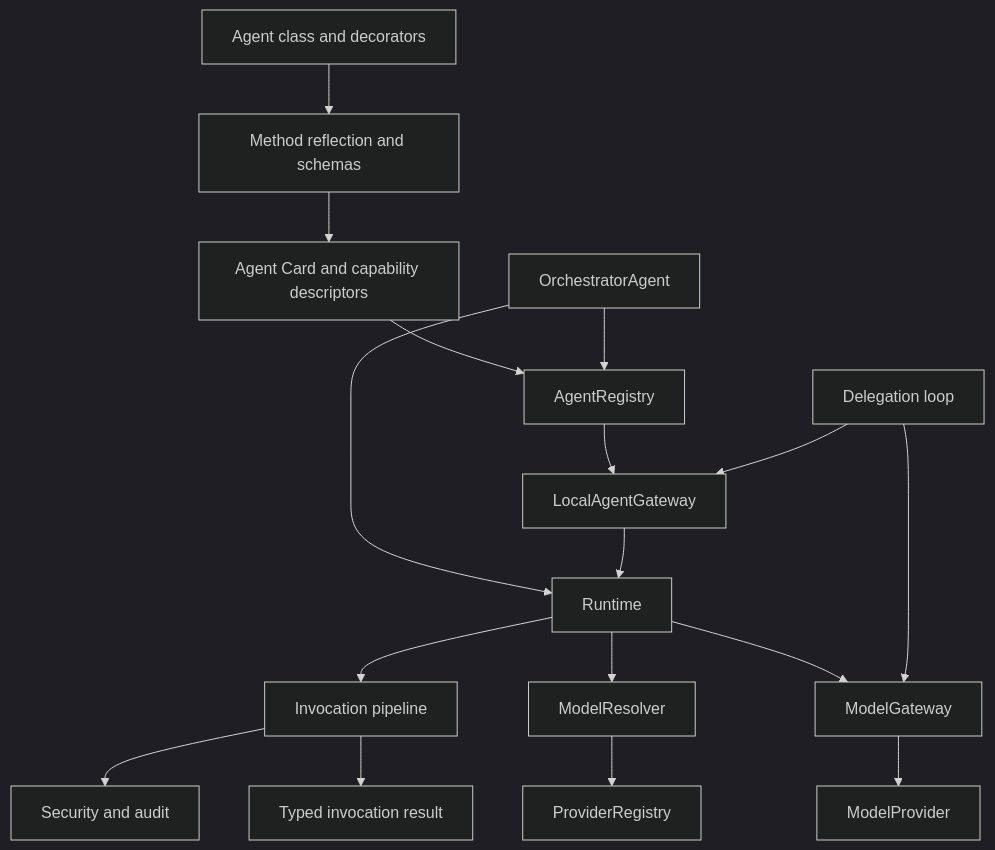
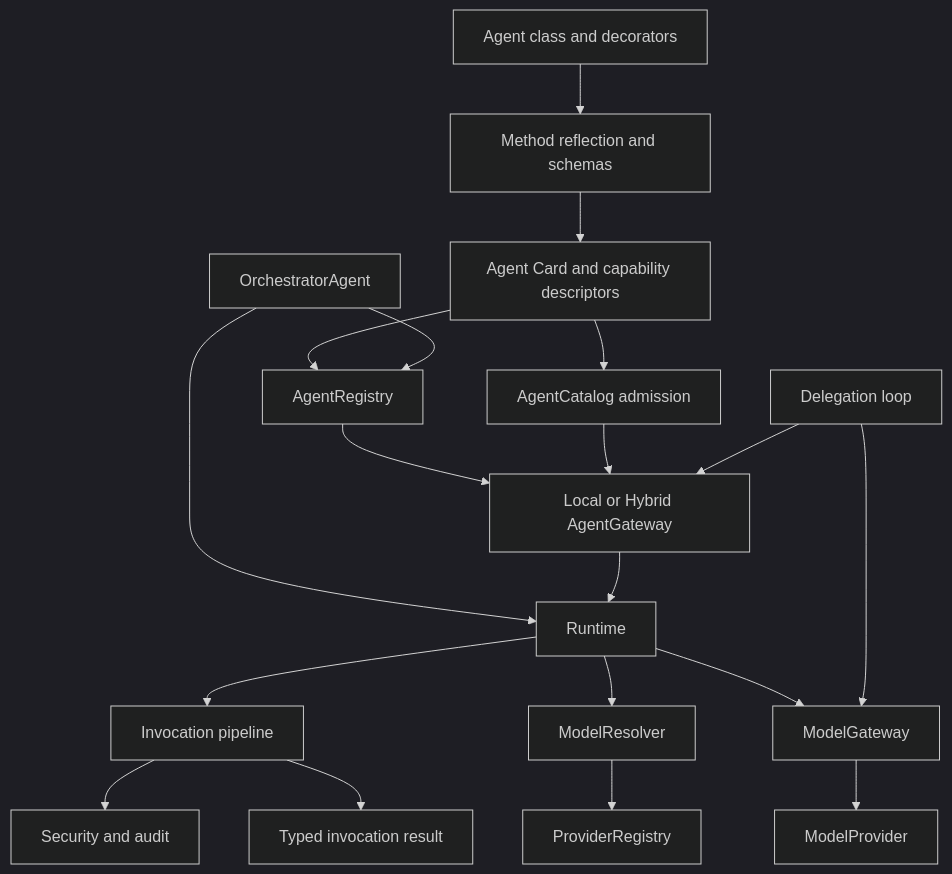
The first of 2 diagrams in sdk-python/docs/architecture.md (malcmiller/conducto-ai), drawn with Mermaid (dark theme) before and after one commit. The commit also changed other lines of this file and 16 other files, not shown here.

Commit message:
Story 6.10: Extend the Python gateway across local and remote agents (#88)

````diff
--- a/sdk-python/docs/architecture.md
+++ b/sdk-python/docs/architecture.md
@@ -9,19 +9,21 @@
 ```mermaid
 flowchart TD
     A[Agent class and decorators] --> R[Method reflection and schemas]
     R --> C[Agent Card and capability descriptors]
     C --> AR[AgentRegistry]
-    AR --> G[LocalAgentGateway]
+    C --> CAT[AgentCatalog admission]
+    AR --> G[Local or Hybrid AgentGateway]
+    CAT --> G
     O[OrchestratorAgent] --> AR
     O --> RT[Runtime]
     G --> RT
     RT --> I[Invocation pipeline]
     RT --> MR[ModelResolver]
     MR --> PR[ProviderRegistry]
     RT --> MG[ModelGateway]
     MG --> P[ModelProvider]
     D[Delegation loop] --> G
     D --> MG
     I --> S[Security and audit]
     I --> X[Typed invocation result]
 ```
````
